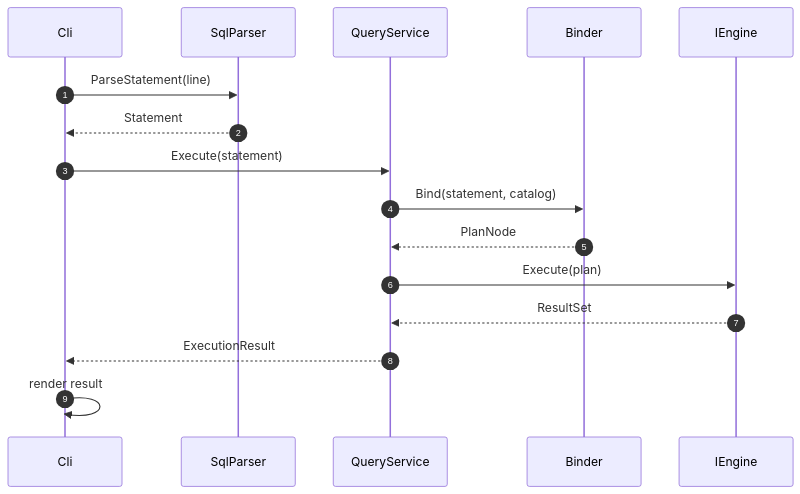
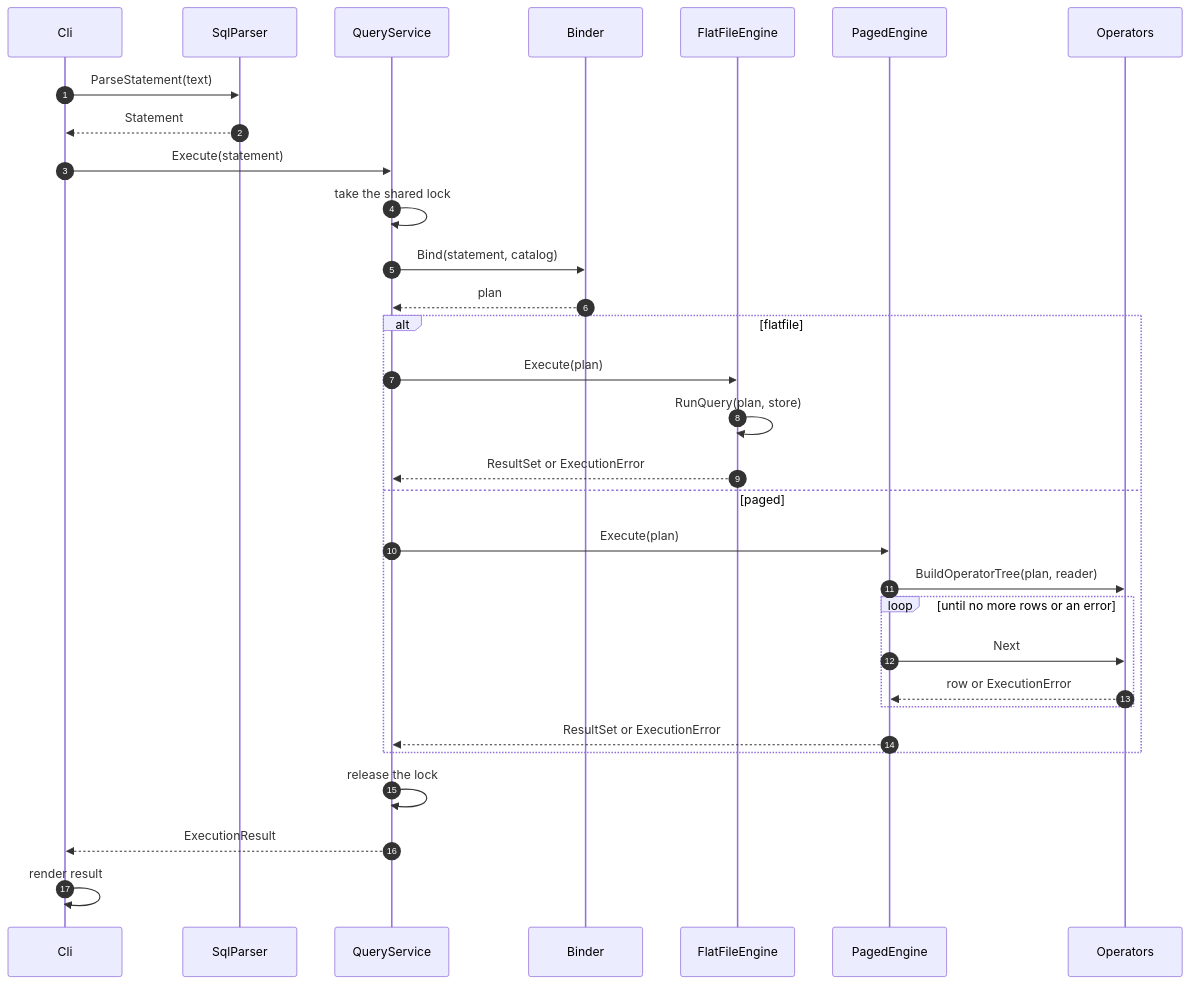
Before and after one commit to daniel-gs-93/flatfiledb: the seventh of 11 diagrams in docs/DesignDocument.md, drawn with Mermaid. The commit also changed other lines of this file and 76 other files, not shown here.

Commit message:
fix: correct flatfile and paged defects and reorganize the docs

````diff
--- a/docs/DesignDocument.md
+++ b/docs/DesignDocument.md
@@ -501,18 +494,33 @@
 ```mermaid
 sequenceDiagram
     autonumber
     participant Cli
     participant SqlParser
     participant QueryService
     participant Binder
-    participant IEngine
-    Cli->>SqlParser: ParseStatement(line)
+    participant FlatFileEngine
+    participant PagedEngine
+    participant Operators
+    Cli->>SqlParser: ParseStatement(text)
     SqlParser-->>Cli: Statement
     Cli->>QueryService: Execute(statement)
+    QueryService->>QueryService: take the shared lock
     QueryService->>Binder: Bind(statement, catalog)
-    Binder-->>QueryService: PlanNode
-    QueryService->>IEngine: Execute(plan)
-    IEngine-->>QueryService: ResultSet
+    Binder-->>QueryService: plan
+    alt flatfile
+        QueryService->>FlatFileEngine: Execute(plan)
+        FlatFileEngine->>FlatFileEngine: RunQuery(plan, store)
+        FlatFileEngine-->>QueryService: ResultSet or ExecutionError
+    else paged
+        QueryService->>PagedEngine: Execute(plan)
+        PagedEngine->>Operators: BuildOperatorTree(plan, reader)
+        loop until no more rows or an error
+            PagedEngine->>Operators: Next
+            Operators-->>PagedEngine: row or ExecutionError
+        end
+        PagedEngine-->>QueryService: ResultSet or ExecutionError
+    end
+    QueryService->>QueryService: release the lock
     QueryService-->>Cli: ExecutionResult
     Cli->>Cli: render result
 ```
````
